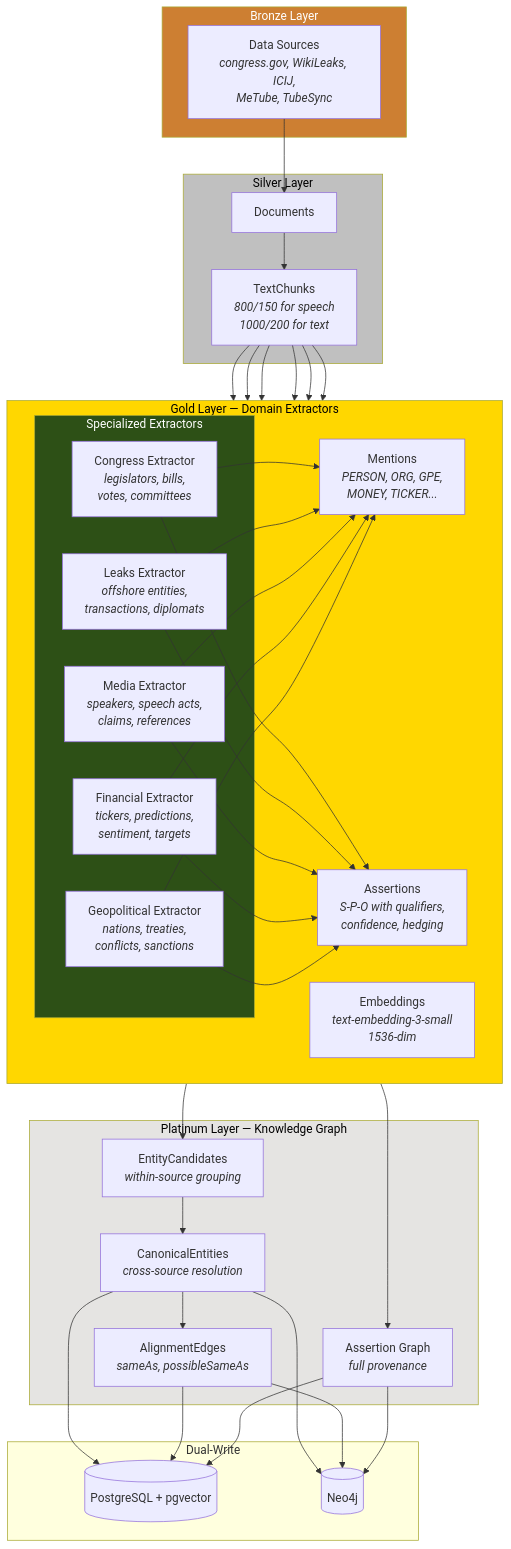
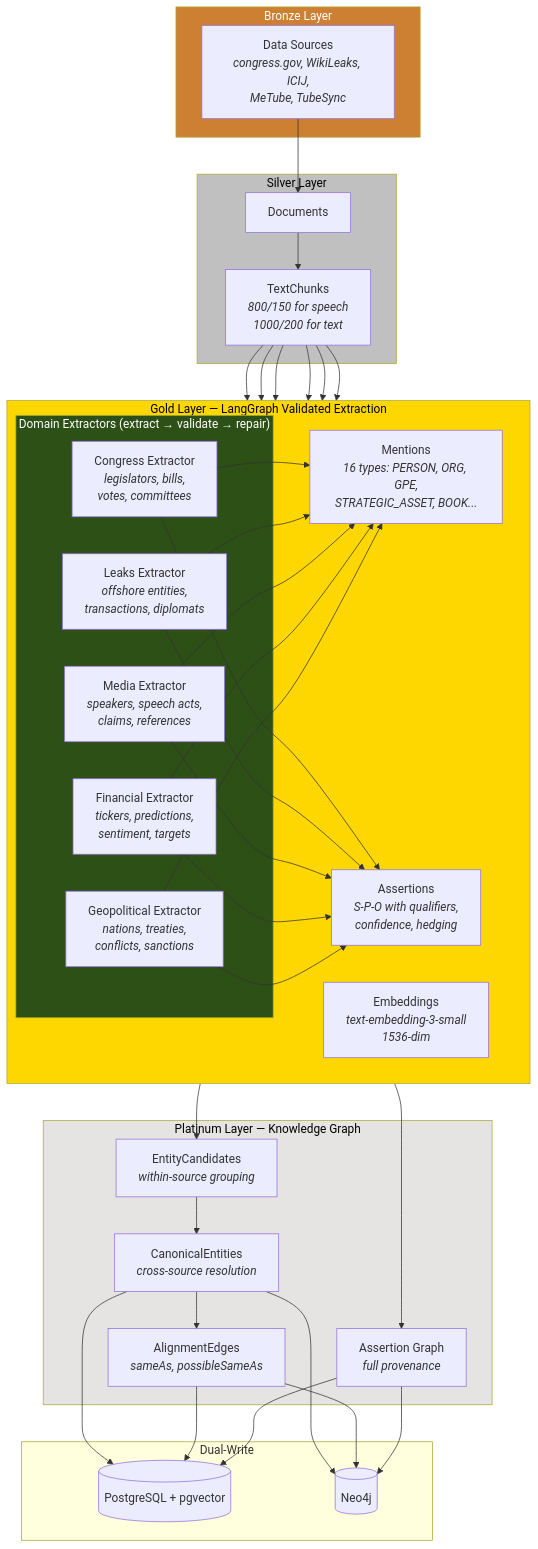
One commit to TheBranchDriftCatalyst/catalyst-data changed the second of 3 diagrams in docs/diagrams/domain-model-uml.md. Above: the diagram before and after it, drawn with Mermaid. The commit also changed other lines of this file and 2 other files, not shown here.

First line of the commit message:
docs: update concordance, entity model, and architecture docs

````diff
--- a/docs/diagrams/domain-model-uml.md
+++ b/docs/diagrams/domain-model-uml.md
@@ -165,52 +183,52 @@
 ```mermaid
 flowchart TB
     subgraph Bronze["Bronze Layer"]
         SRC[Data Sources<br/><i>congress.gov, WikiLeaks, ICIJ,<br/>MeTube, TubeSync</i>]
     end
 
     subgraph Silver["Silver Layer"]
         DOC[Documents]
         CHK[TextChunks<br/><i>800/150 for speech<br/>1000/200 for text</i>]
     end
 
-    subgraph Gold["Gold Layer — Domain Extractors"]
+    subgraph Gold["Gold Layer — LangGraph Validated Extraction"]
         direction LR
-        subgraph Extractors["Specialized Extractors"]
+        subgraph Extractors["Domain Extractors (extract → validate → repair)"]
             EX1[Congress Extractor<br/><i>legislators, bills,<br/>votes, committees</i>]
             EX2[Leaks Extractor<br/><i>offshore entities,<br/>transactions, diplomats</i>]
             EX3[Media Extractor<br/><i>speakers, speech acts,<br/>claims, references</i>]
             EX4[Financial Extractor<br/><i>tickers, predictions,<br/>sentiment, targets</i>]
             EX5[Geopolitical Extractor<br/><i>nations, treaties,<br/>conflicts, sanctions</i>]
         end
-        MEN[Mentions<br/><i>PERSON, ORG, GPE,<br/>MONEY, TICKER...</i>]
+        MEN[Mentions<br/><i>16 types: PERSON, ORG, GPE,<br/>STRATEGIC_ASSET, BOOK...</i>]
         ASS[Assertions<br/><i>S-P-O with qualifiers,<br/>confidence, hedging</i>]
         EMB[Embeddings<br/><i>text-embedding-3-small<br/>1536-dim</i>]
     end
 
     subgraph Platinum["Platinum Layer — Knowledge Graph"]
         EC[EntityCandidates<br/><i>within-source grouping</i>]
         CE[CanonicalEntities<br/><i>cross-source resolution</i>]
         AE[AlignmentEdges<br/><i>sameAs, possibleSameAs</i>]
         AG[Assertion Graph<br/><i>full provenance</i>]
     end
 
     subgraph Storage["Dual-Write"]
         PG[(PostgreSQL + pgvector)]
         N4J[(Neo4j)]
     end
 
     SRC --> DOC --> CHK
     CHK --> EX1 & EX2 & EX3 & EX4 & EX5
     EX1 & EX2 & EX3 & EX4 & EX5 --> MEN & ASS
     CHK --> EMB
     MEN --> EC --> CE
     CE --> AE
     ASS --> AG
     CE & AE & AG --> PG & N4J
 
     style Bronze fill:#cd7f32,color:#fff
     style Silver fill:#c0c0c0,color:#000
     style Gold fill:#ffd700,color:#000
     style Platinum fill:#e5e4e2,color:#000
     style Extractors fill:#2d5016,color:#fff
 ```
````
